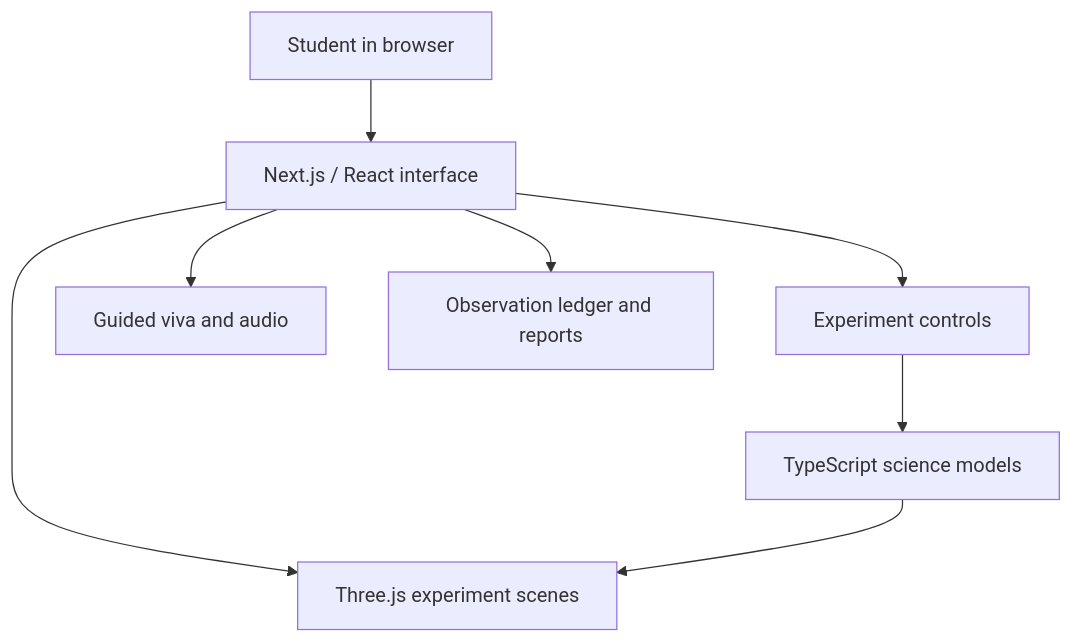
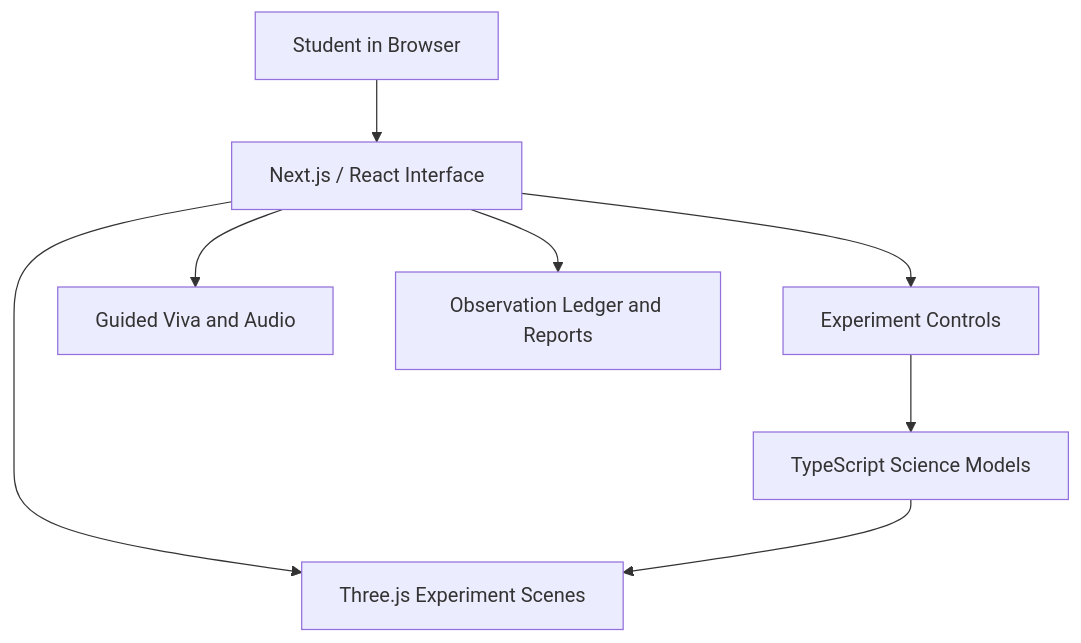
One commit to Saraththecoder/Demo-repo changed the diagram in readme.md. Above: the diagram before and after it, drawn with Mermaid. The commit also changed other lines of this file, not shown here.

````diff
--- a/readme.md
+++ b/readme.md
@@ -81,10 +111,10 @@
 ```mermaid
 flowchart TD
-    A[Student in browser] --> B[Next.js / React interface]
-    B --> C[Three.js experiment scenes]
-    B --> D[Experiment controls]
-    D --> E[TypeScript science models]
+    A[Student in Browser] --> B[Next.js / React Interface]
+    B --> C[Three.js Experiment Scenes]
+    B --> D[Experiment Controls]
+    D --> E[TypeScript Science Models]
     E --> C
-    B --> F[Guided viva and audio]
-    B --> G[Observation ledger and reports]
+    B --> F[Guided Viva and Audio]
+    B --> G[Observation Ledger and Reports]
 ```
````
